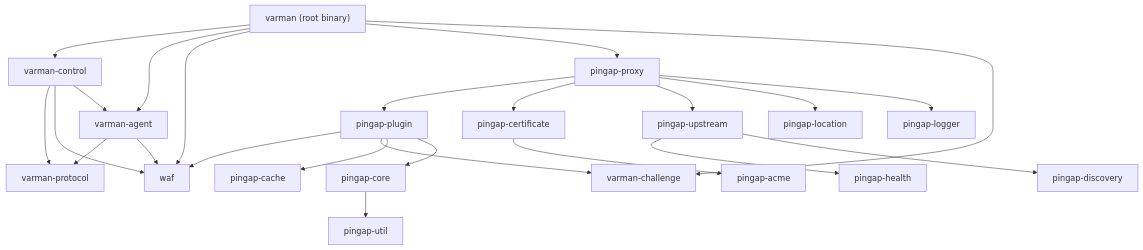
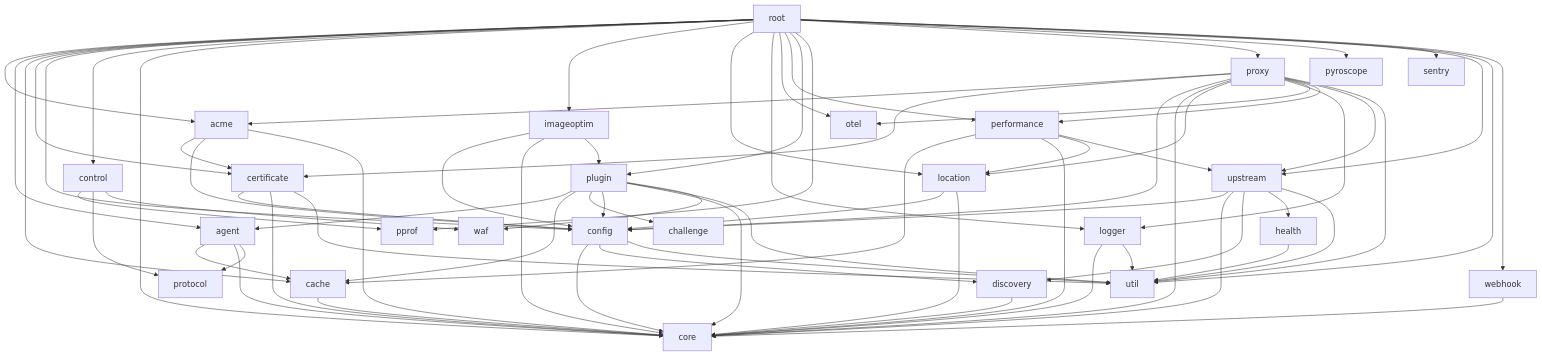
The diagram in docs/modules.md (channchetra/varmanwaf), drawn with Mermaid before and after one commit. The commit also changed 7 other files, not shown here.

````diff
--- a/docs/modules.md
+++ b/docs/modules.md
@@ -43,27 +43,109 @@
 ```mermaid
 graph TD
-    root["varman (root binary)"] --> control
+    challenge["challenge"]
+    core["core"]
+    otel["otel"]
+    pprof["pprof"]
+    protocol["protocol"]
+    pyroscope["pyroscope"]
+    sentry["sentry"]
+    util["util"]
+    waf["waf"]
+    acme --> certificate
+    acme --> config
+    acme --> core
+
+    agent --> cache
+    agent --> core
+    agent --> protocol
+
+    cache --> core
+
+    certificate --> config
+    certificate --> core
+    certificate --> util
+
+
+    config --> core
+    config --> discovery
+    config --> util
+
+    control --> pprof
+    control --> protocol
+    control --> waf
+
+
+    discovery --> core
+
+    health --> util
+
+    imageoptim --> config
+    imageoptim --> core
+    imageoptim --> plugin
+
+    location --> config
+    location --> core
+
+    logger --> core
+    logger --> util
+
+
+    performance --> cache
+    performance --> core
+    performance --> location
+    performance --> upstream
+
+    plugin --> agent
+    plugin --> cache
+    plugin --> challenge
+    plugin --> config
+    plugin --> core
+    plugin --> util
+    plugin --> waf
+
+
+
+    proxy --> acme
+    proxy --> certificate
+    proxy --> config
+    proxy --> core
+    proxy --> location
+    proxy --> logger
+    proxy --> otel
+    proxy --> performance
+    proxy --> upstream
+    proxy --> util
+
+
+    root --> acme
     root --> agent
-    root --> waf
+    root --> cache
+    root --> certificate
+    root --> config
+    root --> control
+    root --> core
+    root --> imageoptim
+    root --> location
+    root --> logger
+    root --> otel
+    root --> performance
+    root --> plugin
+    root --> pprof
     root --> proxy
-    root --> challenge
+    root --> pyroscope
+    root --> sentry
+    root --> upstream
+    root --> util
+    root --> webhook
 
-    control["varman-control"] --> protocol["varman-protocol"]
-    control --> waf
-    control --> agent
-    agent["varman-agent"] --> protocol
-    agent --> waf
-    proxy["pingap-proxy"] --> plugin["pingap-plugin"]
-    plugin --> waf
-    plugin --> challenge["varman-challenge"]
-    plugin --> cache["pingap-cache"]
-    plugin --> core["pingap-core"]
-    proxy --> certificate["pingap-certificate"]
-    proxy --> upstream["pingap-upstream"]
-    proxy --> location["pingap-location"]
-    proxy --> logger["pingap-logger"]
-    certificate --> acme["pingap-acme"]
-    upstream --> health["pingap-health"]
-    upstream --> discovery["pingap-discovery"]
-    core --> util["pingap-util"]
+
+    upstream --> config
+    upstream --> core
+    upstream --> discovery
+    upstream --> health
+    upstream --> util
+
+
+
+    webhook --> core
 ```
````
